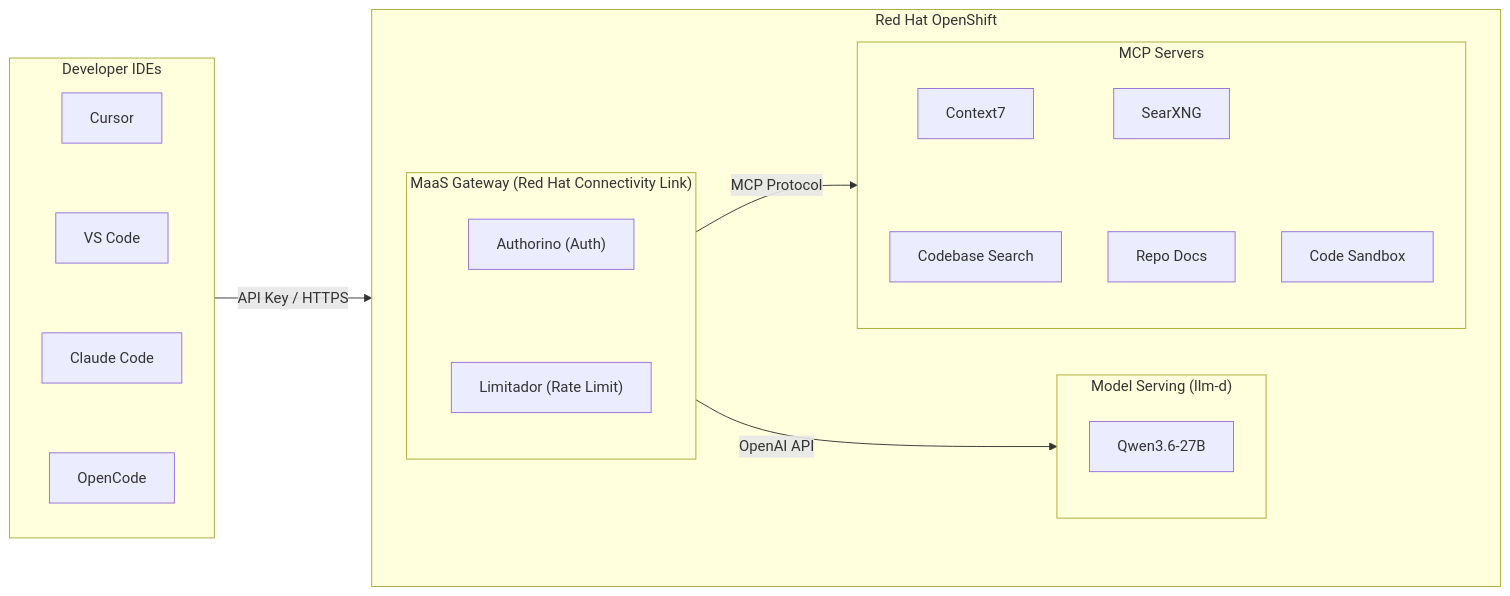
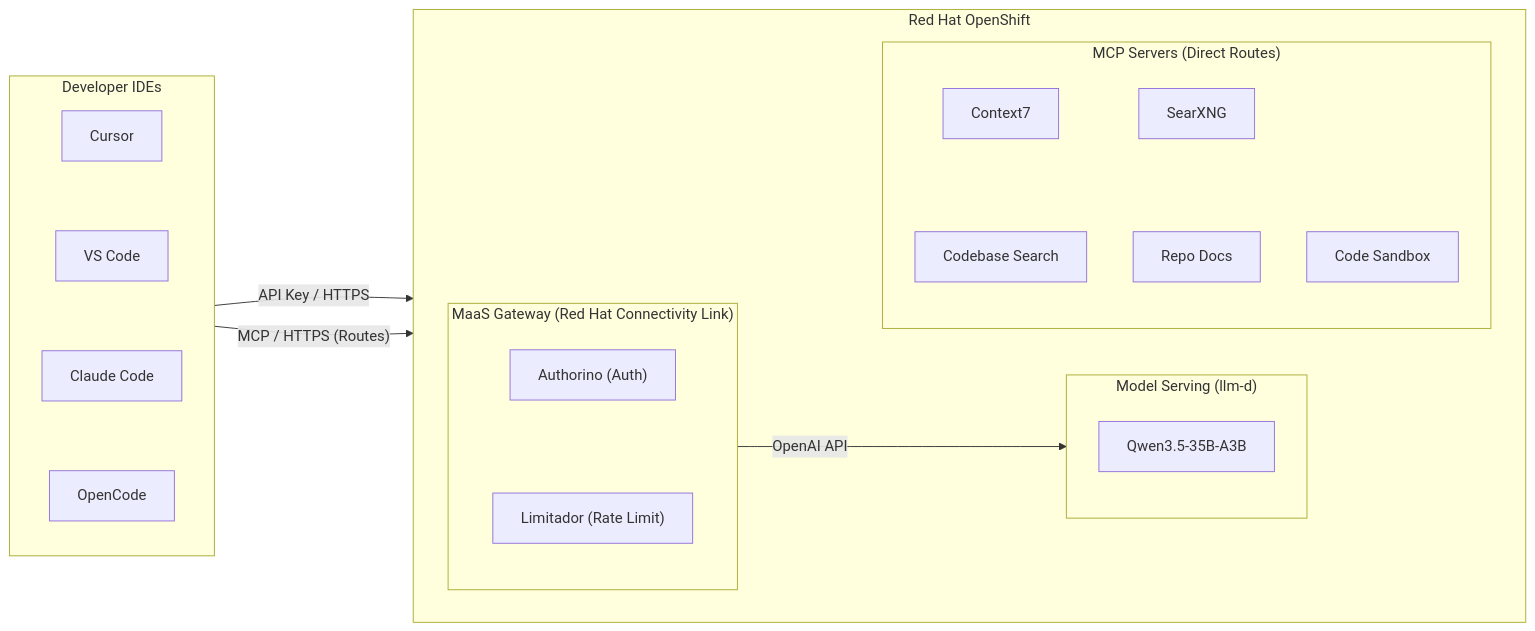
Before and after one commit to hyogrin/rhoai-coding-assistant-lab: the diagram in README.md, drawn with Mermaid. The commit also changed other lines of this file and 50 other files, not shown here.

````diff
--- a/README.md
+++ b/README.md
@@ -7,36 +7,36 @@
 ```mermaid
 flowchart LR
     subgraph IDE["Developer IDEs"]
         direction TB
         Cursor[Cursor]
         VSCode[VS Code]
         ClaudeCode[Claude Code]
         OpenCode[OpenCode]
         Cursor ~~~ VSCode ~~~ ClaudeCode ~~~ OpenCode
     end
 
     subgraph OCP["Red Hat OpenShift"]
         direction LR
         subgraph GW["MaaS Gateway (Red Hat Connectivity Link)"]
             direction TB
             Auth["Authorino (Auth)"]
             Limit["Limitador (Rate Limit)"]
             Auth ~~~ Limit
         end
 
         subgraph Serving["Model Serving (llm-d)"]
-            vLLM["Qwen3.6-27B"]
+            vLLM["Qwen3.5-35B-A3B"]
         end
 
-        subgraph Tools["MCP Servers"]
+        subgraph Tools["MCP Servers (Direct Routes)"]
             direction TB
             C7[Context7] ~~~ Search[Codebase Search] 
             SXG[SearXNG] ~~~ Docs[Repo Docs]
             Sandbox[Code Sandbox]
         end
     end
 
     IDE -->|"API Key / HTTPS"| GW
     GW -->|"OpenAI API"| Serving
-    GW -->|"MCP Protocol"| Tools
+    IDE -->|"MCP / HTTPS (Routes)"| Tools
 ```
````
